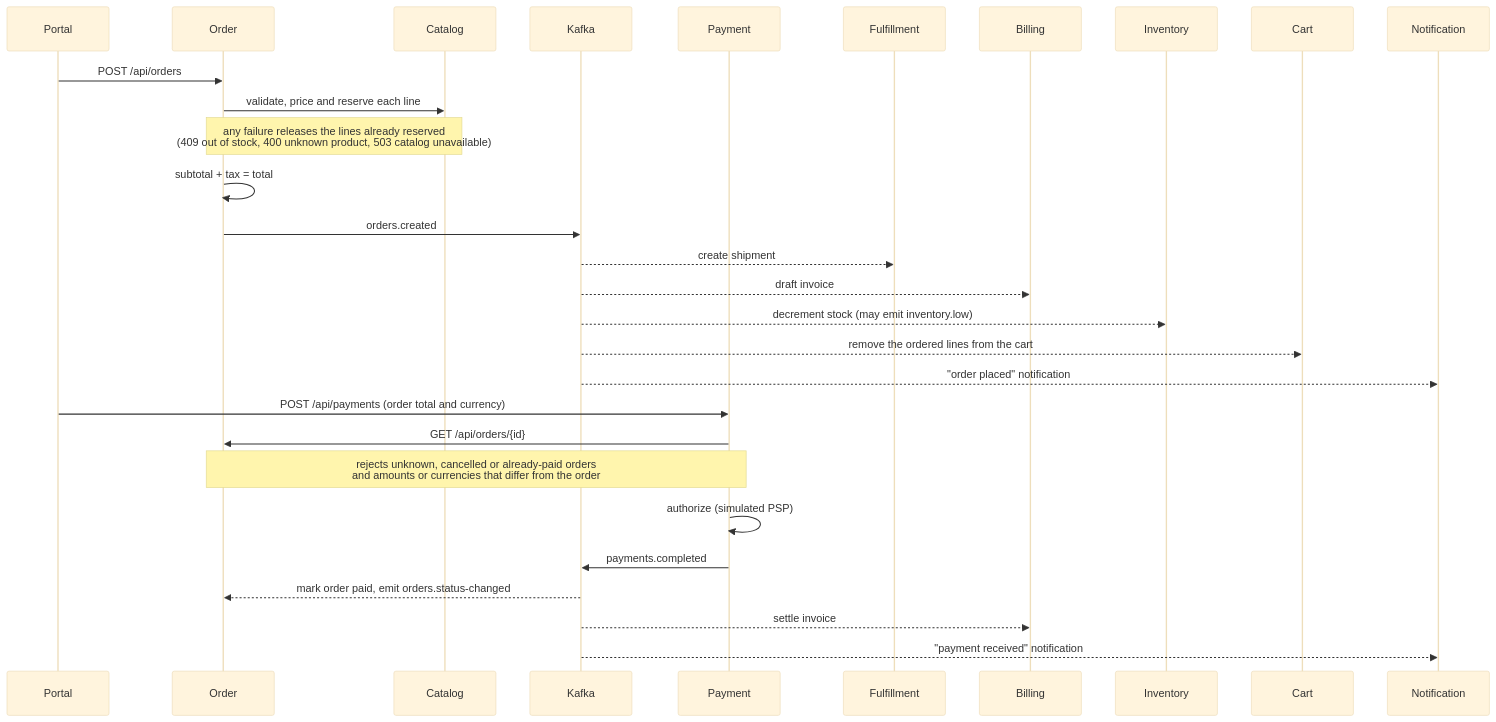
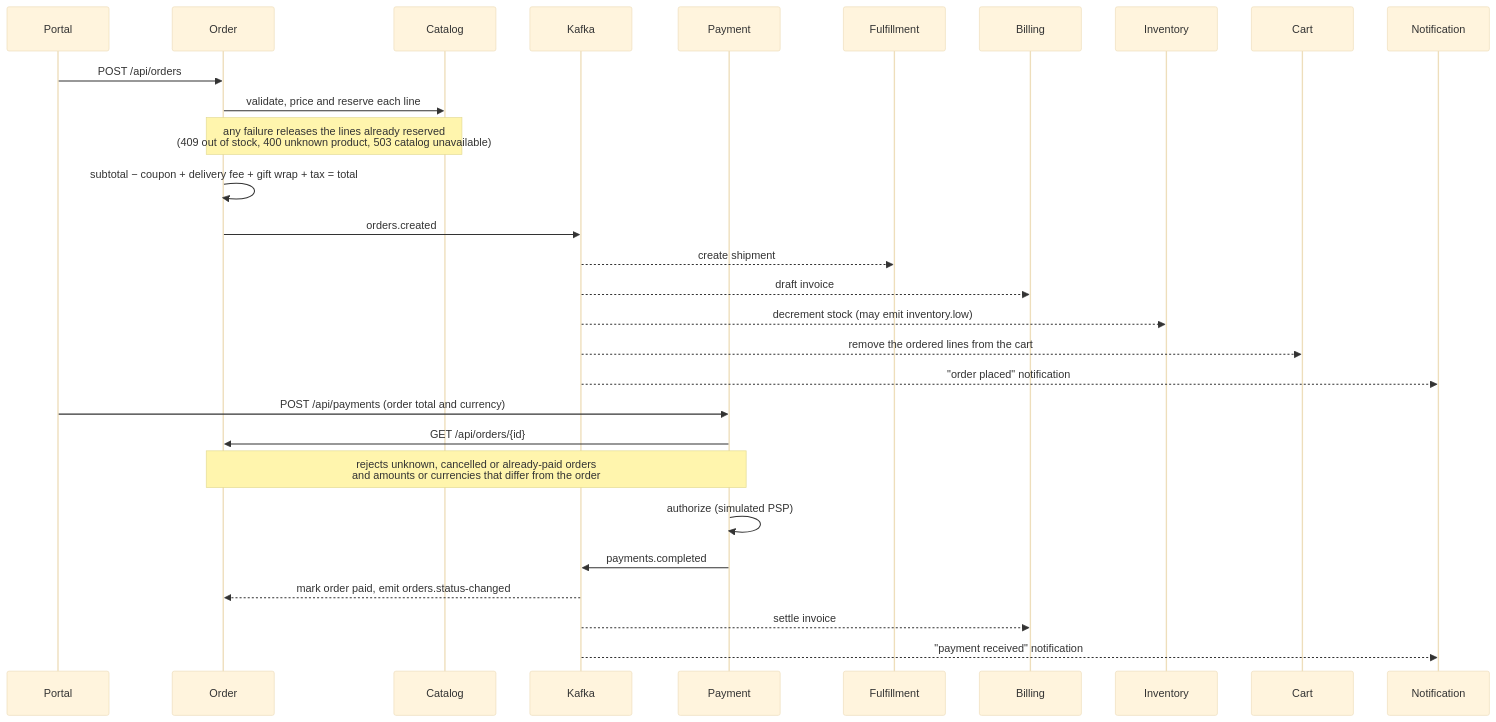
The fifth of 10 diagrams in docs/architecture.md (charles2ke/Nakshatra), drawn with Mermaid (base theme) before and after one commit. The commit also changed other lines of this file and 91 other files, not shown here.

````diff
--- a/docs/architecture.md
+++ b/docs/architecture.md
@@ -228,33 +232,33 @@
 ```mermaid
 sequenceDiagram
     participant P as Portal
     participant O as Order
     participant C as Catalog
     participant K as Kafka
     participant Pay as Payment
     participant F as Fulfillment
     participant B as Billing
     participant I as Inventory
     participant Ca as Cart
     participant N as Notification
 
     P->>O: POST /api/orders
     O->>C: validate, price and reserve each line
     Note over O,C: any failure releases the lines already reserved<br/>(409 out of stock, 400 unknown product, 503 catalog unavailable)
-    O->>O: subtotal + tax = total
+    O->>O: subtotal − coupon + delivery fee + gift wrap + tax = total
     O->>K: orders.created
     K-->>F: create shipment
     K-->>B: draft invoice
     K-->>I: decrement stock (may emit inventory.low)
     K-->>Ca: remove the ordered lines from the cart
     K-->>N: "order placed" notification
 
     P->>Pay: POST /api/payments (order total and currency)
     Pay->>O: GET /api/orders/{id}
     Note over Pay,O: rejects unknown, cancelled or already-paid orders<br/>and amounts or currencies that differ from the order
     Pay->>Pay: authorize (simulated PSP)
     Pay->>K: payments.completed
     K-->>O: mark order paid, emit orders.status-changed
     K-->>B: settle invoice
     K-->>N: "payment received" notification
 ```
````
